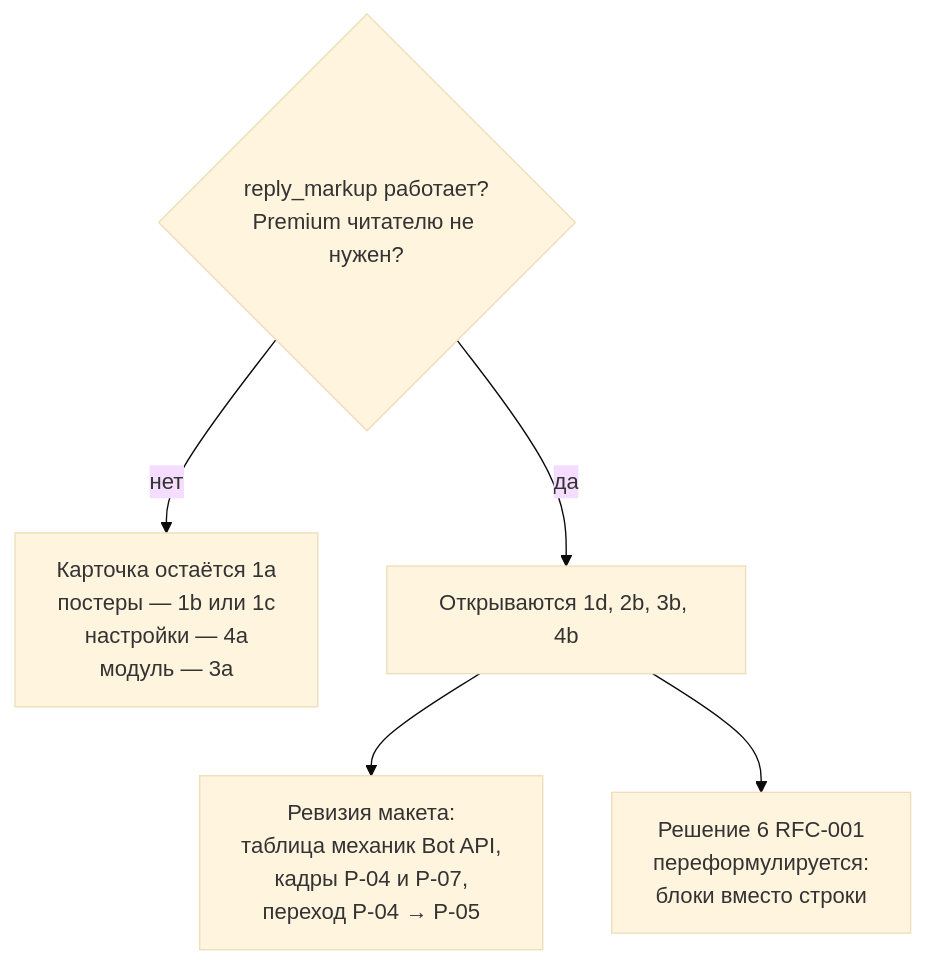
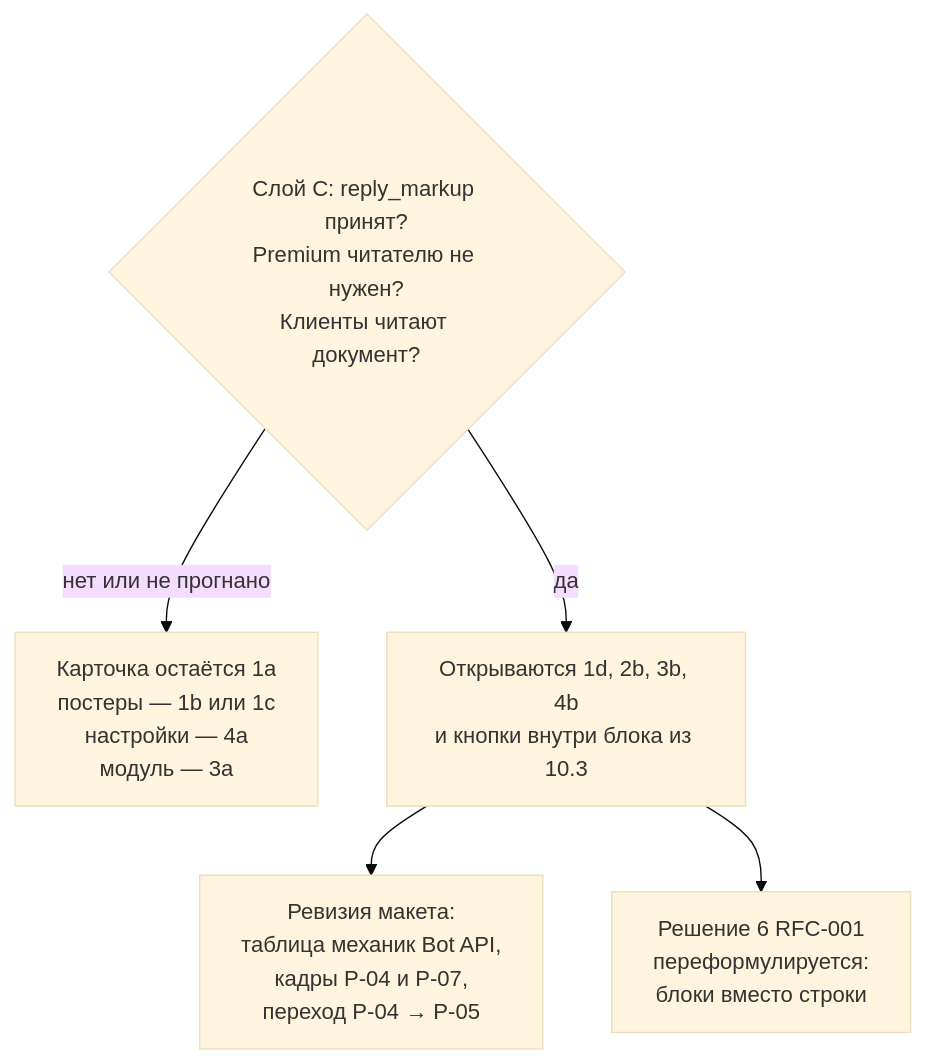
The first of 2 diagrams in docs/rfcs/RFC-003-bot-presentation-rich-blocks.md (Solguficky/solguficky-hub), drawn with Mermaid (base theme) before and after one commit. The commit also changed other lines of this file and 10 other files, not shown here.

````diff
--- a/docs/rfcs/RFC-003-bot-presentation-rich-blocks.md
+++ b/docs/rfcs/RFC-003-bot-presentation-rich-blocks.md
@@ -169,8 +237,8 @@
 ```mermaid
 flowchart TD
-    G{"reply_markup работает?<br/>Premium читателю не нужен?"}
-    G -->|нет| A["Карточка остаётся 1a<br/>постеры — 1b или 1c<br/>настройки — 4a<br/>модуль — 3a"]
-    G -->|да| B["Открываются 1d, 2b, 3b, 4b"]
+    G{"Слой C: reply_markup принят?<br/>Premium читателю не нужен?<br/>Клиенты читают документ?"}
+    G -->|нет или не прогнано| A["Карточка остаётся 1a<br/>постеры — 1b или 1c<br/>настройки — 4a<br/>модуль — 3a"]
+    G -->|да| B["Открываются 1d, 2b, 3b, 4b<br/>и кнопки внутри блока из 10.3"]
     B --> C["Ревизия макета:<br/>таблица механик Bot API,<br/>кадры P-04 и P-07,<br/>переход P-04 → P-05"]
     B --> D["Решение 6 RFC-001<br/>переформулируется:<br/>блоки вместо строки"]
 ```
````
